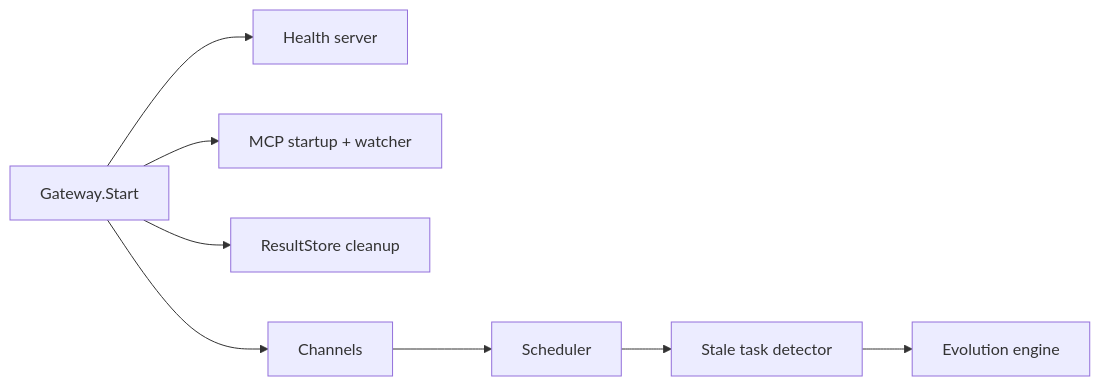
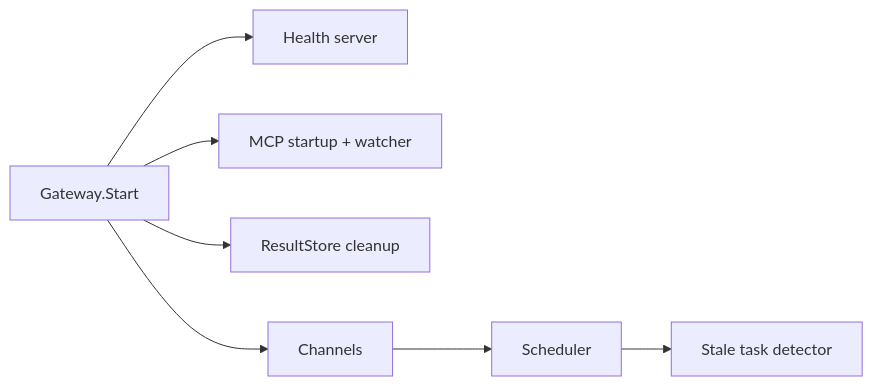
The second of 2 diagrams in docs/03-gateway-feature-lifecycle.md (Forest-Isle/daimon), drawn with Mermaid before and after one commit. The commit also changed other lines of this file and 102 other files, not shown here.

````diff
--- a/docs/03-gateway-feature-lifecycle.md
+++ b/docs/03-gateway-feature-lifecycle.md
@@ -72,10 +65,9 @@
 ```mermaid
 flowchart LR
     Start[Gateway.Start] --> Health[Health server]
     Start --> MCP[MCP startup + watcher]
     Start --> Cleanup[ResultStore cleanup]
     Start --> Channels[Channels]
     Channels --> Scheduler[Scheduler]
     Scheduler --> Tasks[Stale task detector]
-    Tasks --> Evolution[Evolution engine]
 ```
````
